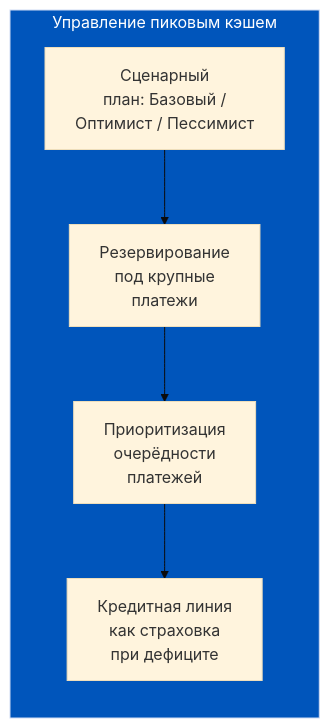
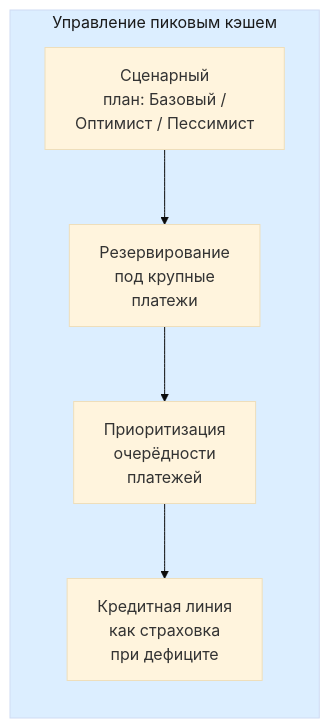
The sixth of 10 diagrams in content/1c-erp/week_8/Неделя 8 - День 3 - Казначейство и управление кэшем.md (murad1986/1c-erp-quartz), drawn with Mermaid (base theme) before and after one commit. The commit also changed other lines of this file and 57 other files, not shown here.

First line of the commit message:
fix: Mermaid — пастельные цвета в источниках диаграмм (56 файлов)

````diff
--- a/content/1c-erp/week_8/Неделя 8 - День 3 - Казначейство и управление кэшем.md
+++ b/content/1c-erp/week_8/Неделя 8 - День 3 - Казначейство и управление кэшем.md
@@ -328,11 +328,11 @@
 ```mermaid
 flowchart LR
     subgraph Пиковый["Управление пиковым кэшем"]
         direction TB
         P1[Сценарный<br/>план: Базовый /<br/>Оптимист / Пессимист] --> P2[Резервирование<br/>под крупные<br/>платежи]
         P2 --> P3[Приоритизация<br/>очерёдности<br/>платежей]
         P3 --> P4[Кредитная линия<br/>как страховка<br/>при дефиците]
     end
 
-    style Пиковый fill:#0055BB,color:#fff
+    style Пиковый fill:#dceeff,color:#1a1a1a
 ```
````
